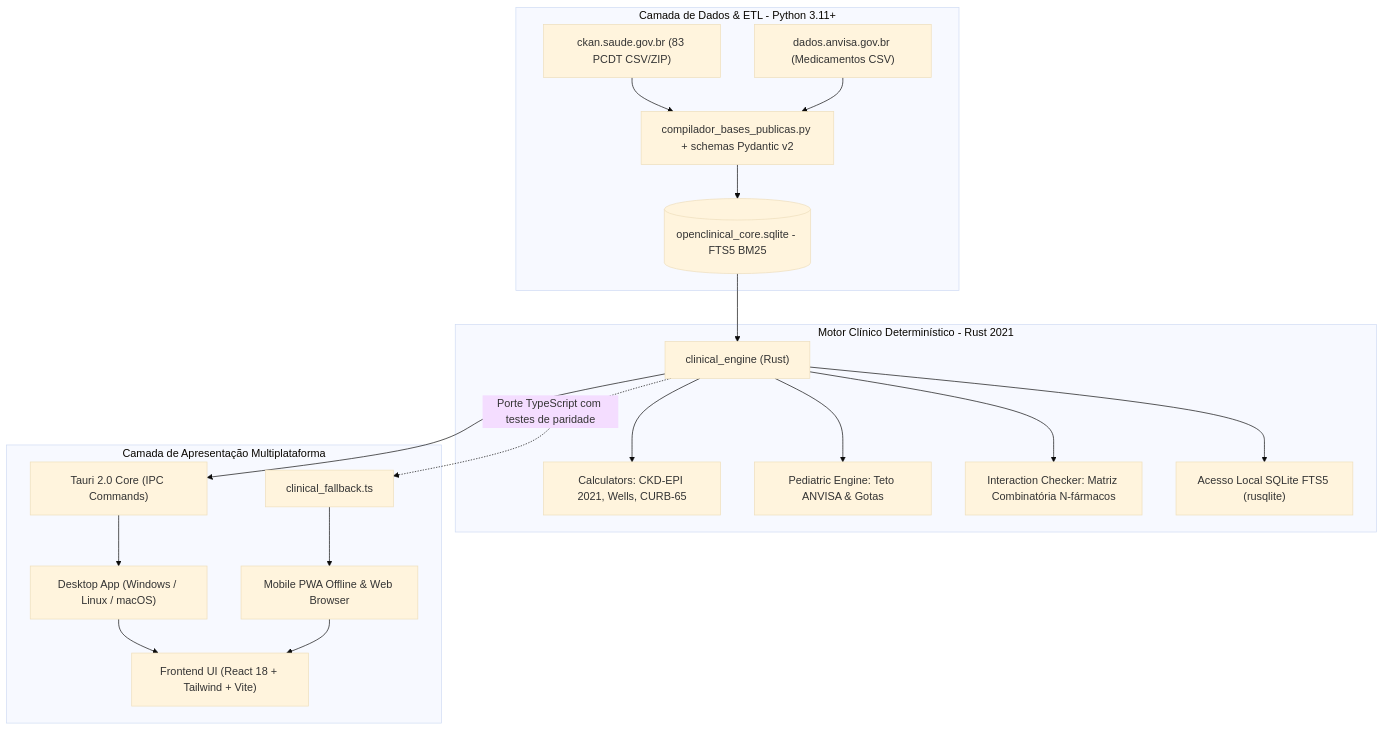
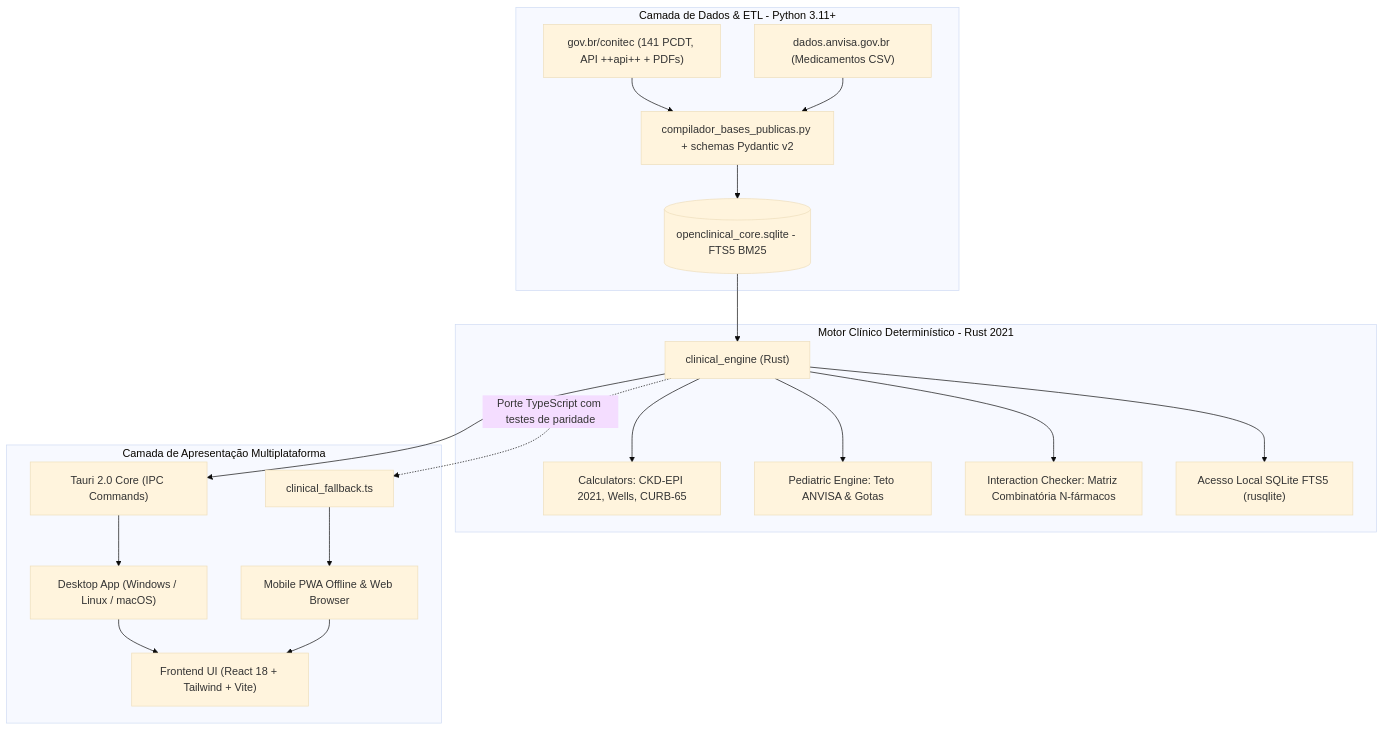
One commit to gustavohpinheiro/OpenMedical changed the diagram in DOCUMENTACAO_TECNICA_OPENCLINICAL.md. Above: the diagram before and after it, drawn with Mermaid (base theme). The commit also changed other lines of this file and 93 other files, not shown here.

````diff
--- a/DOCUMENTACAO_TECNICA_OPENCLINICAL.md
+++ b/DOCUMENTACAO_TECNICA_OPENCLINICAL.md
@@ -15,27 +15,27 @@
 ```mermaid
 flowchart TD
     subgraph Camada_Ingestao [Camada de Dados & ETL - Python 3.11+]
-        PCDT_MS["ckan.saude.gov.br (83 PCDT CSV/ZIP)"]
+        PCDT_MS["gov.br/conitec (141 PCDT, API ++api++ + PDFs)"]
         ANVISA["dados.anvisa.gov.br (Medicamentos CSV)"]
         ETL["compilador_bases_publicas.py + schemas Pydantic v2"]
         PCDT_MS --> ETL
         ANVISA --> ETL
         ETL --> DB[(openclinical_core.sqlite - FTS5 BM25)]
     end
 
     subgraph Motor_Clinico [Motor Clínico Determinístico - Rust 2021]
         DB --> Engine["clinical_engine (Rust)"]
         Engine --> Calc["Calculators: CKD-EPI 2021, Wells, CURB-65"]
         Engine --> Pedia["Pediatric Engine: Teto ANVISA & Gotas"]
         Engine --> Inter["Interaction Checker: Matriz Combinatória N-fármacos"]
         Engine --> FTS["Acesso Local SQLite FTS5 (rusqlite)"]
     end
 
     subgraph Apresentacao [Camada de Apresentação Multiplataforma]
         Engine --> TauriIPC["Tauri 2.0 Core (IPC Commands)"]
         TauriIPC --> DesktopUI["Desktop App (Windows / Linux / macOS)"]
         Engine -.->|Porte TypeScript com testes de paridade| TsPort["clinical_fallback.ts"]
         TsPort --> PWAUI["Mobile PWA Offline & Web Browser"]
         DesktopUI & PWAUI --> UI["Frontend UI (React 18 + Tailwind + Vite)"]
     end
 ```
````
